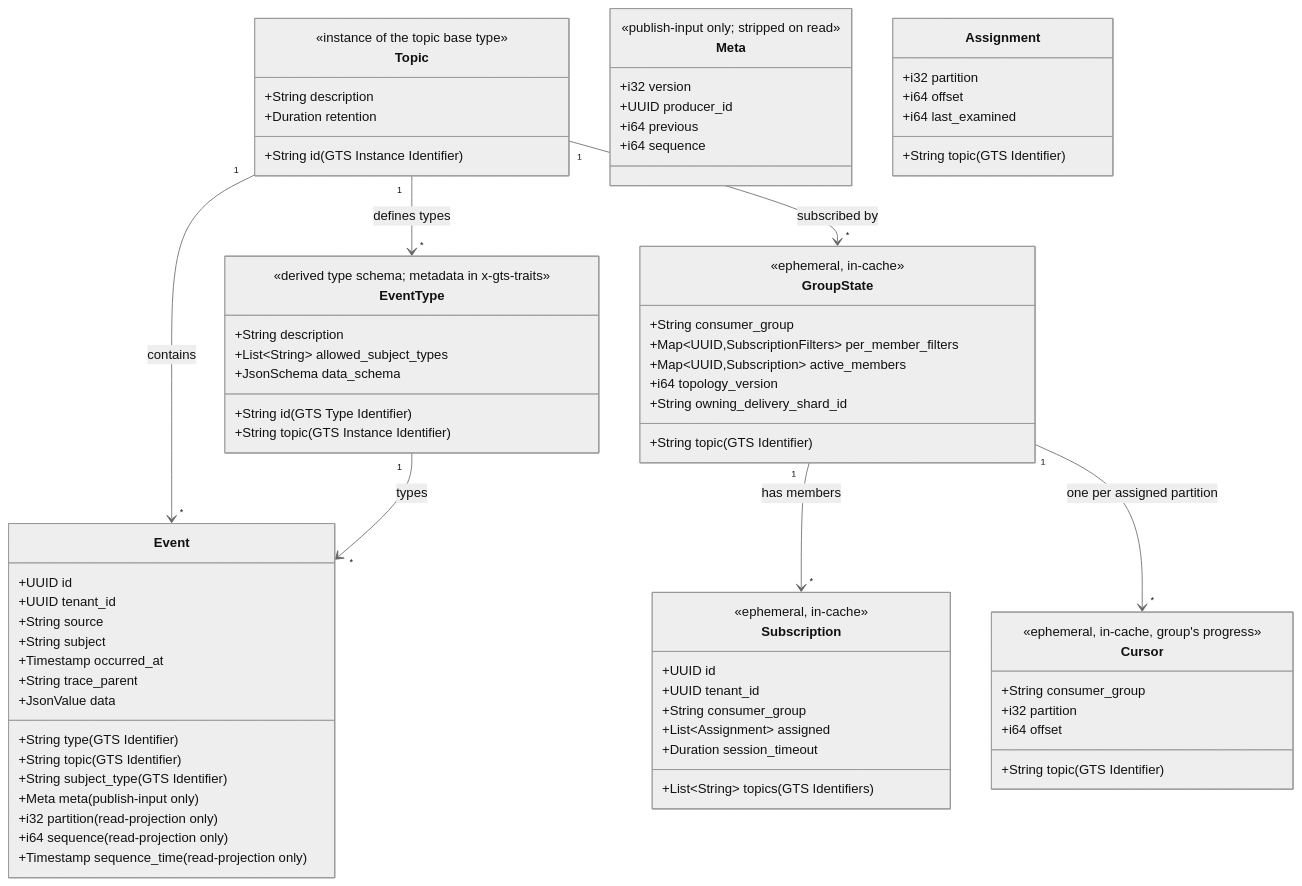
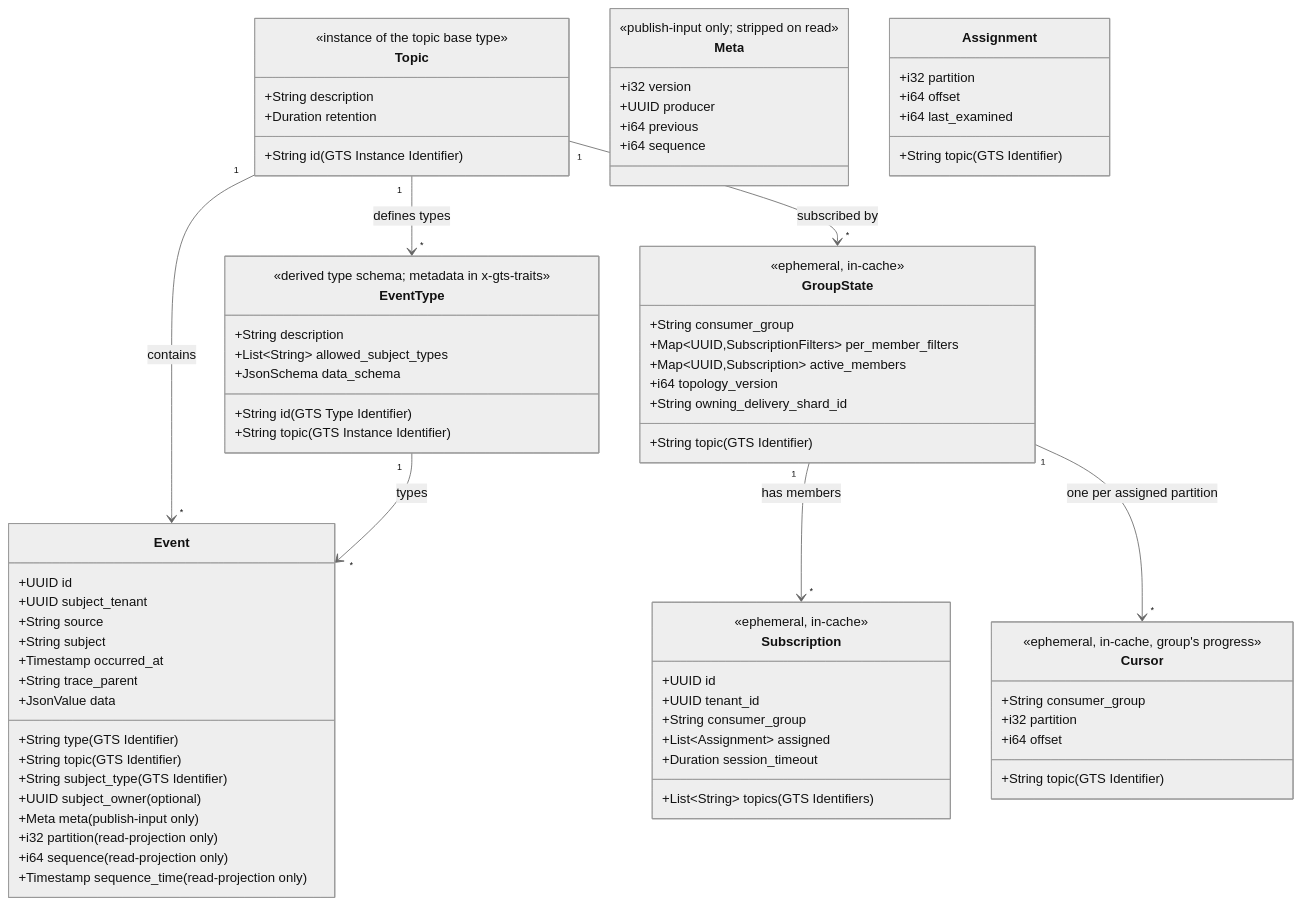
The third of 5 diagrams in gears/system/event-broker/docs/DESIGN.md (constructorfabric/gears-rust), drawn with Mermaid (neutral theme) before and after one commit. The commit also changed other lines of this file and 482 other files, not shown here.

````diff
--- a/gears/system/event-broker/docs/DESIGN.md
+++ b/gears/system/event-broker/docs/DESIGN.md
@@ -243,78 +241,79 @@
 ```mermaid
 classDiagram
     class Topic {
         <<instance of the topic base type>>
         +String id (GTS Instance Identifier)
         +String description
         +Duration retention
     }
     class EventType {
         <<derived type schema; metadata in x-gts-traits>>
         +String id (GTS Type Identifier)
         +String description
         +String topic (GTS Instance Identifier)
         +List~String~ allowed_subject_types
         +JsonSchema data_schema
     }
     class Event {
         +UUID id
         +String type (GTS Identifier)
         +String topic (GTS Identifier)
-        +UUID tenant_id
+        +UUID subject_tenant
         +String source
         +String subject
         +String subject_type (GTS Identifier)
+        +UUID subject_owner (optional)
         +Timestamp occurred_at
         +String trace_parent
         +JsonValue data
         +Meta meta (publish-input only)
         +i32 partition (read-projection only)
         +i64 sequence (read-projection only)
         +Timestamp sequence_time (read-projection only)
     }
     class Meta {
         <<publish-input only; stripped on read>>
         +i32 version
-        +UUID producer_id
+        +UUID producer
         +i64 previous
         +i64 sequence
     }
     class Subscription {
         <<ephemeral, in-cache>>
         +UUID id
         +UUID tenant_id
         +String consumer_group
         +List~String~ topics (GTS Identifiers)
         +List~Assignment~ assigned
         +Duration session_timeout
     }
     class Assignment {
         +String topic (GTS Identifier)
         +i32 partition
         +i64 offset
         +i64 last_examined
     }
     class GroupState {
         <<ephemeral, in-cache>>
         +String consumer_group
         +String topic (GTS Identifier)
         +Map~UUID,SubscriptionFilters~ per_member_filters
         +Map~UUID,Subscription~ active_members
         +i64 topology_version
         +String owning_delivery_shard_id
     }
     class Cursor {
         <<ephemeral, in-cache, group's progress>>
         +String topic (GTS Identifier)
         +String consumer_group
         +i32 partition
         +i64 offset
     }
 
     Topic "1" --> "*" EventType : defines types
     Topic "1" --> "*" Event : contains
     EventType "1" --> "*" Event : types
     Topic "1" --> "*" GroupState : subscribed by
     GroupState "1" --> "*" Subscription : has members
     GroupState "1" --> "*" Cursor : one per assigned partition
 ```
````
